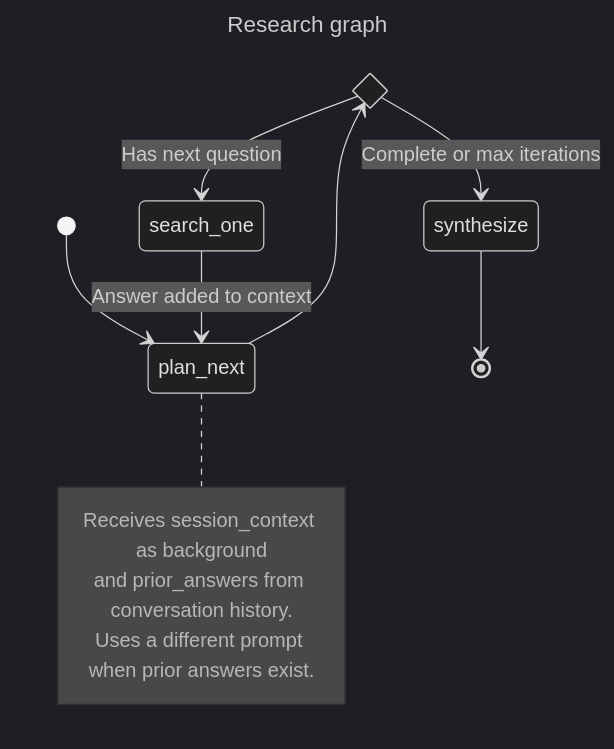
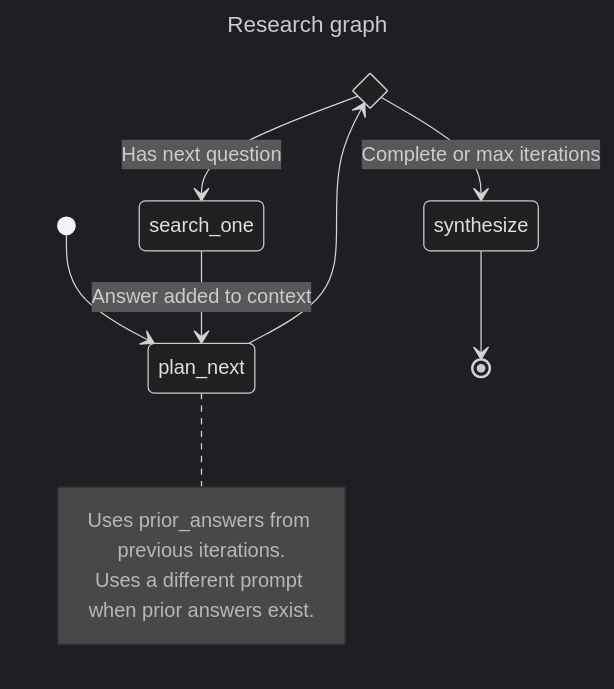
One commit to ggozad/haiku.rag changed the diagram in docs/agents/index.md. Above: the diagram before and after it, drawn with Mermaid (dark theme). The commit also changed other lines of this file and 10 other files, not shown here.

````diff
--- a/docs/agents/index.md
+++ b/docs/agents/index.md
@@ -53,19 +53,18 @@
 ```mermaid
 ---
 title: Research graph
 ---
 stateDiagram-v2
   state plan_next_decision <<choice>>
   [*] --> plan_next
   plan_next --> plan_next_decision
   plan_next_decision --> search_one: Has next question
   plan_next_decision --> synthesize: Complete or max iterations
   search_one --> plan_next: Answer added to context
   synthesize --> [*]
 
   note right of plan_next
-    Receives session_context as background
-    and prior_answers from conversation history.
+    Uses prior_answers from previous iterations.
     Uses a different prompt when prior answers exist.
   end note
 ```
````
